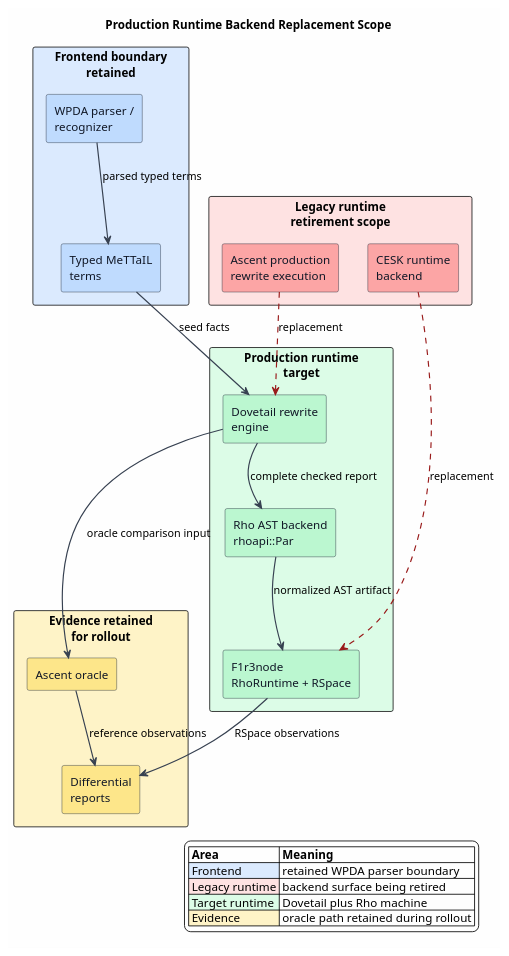
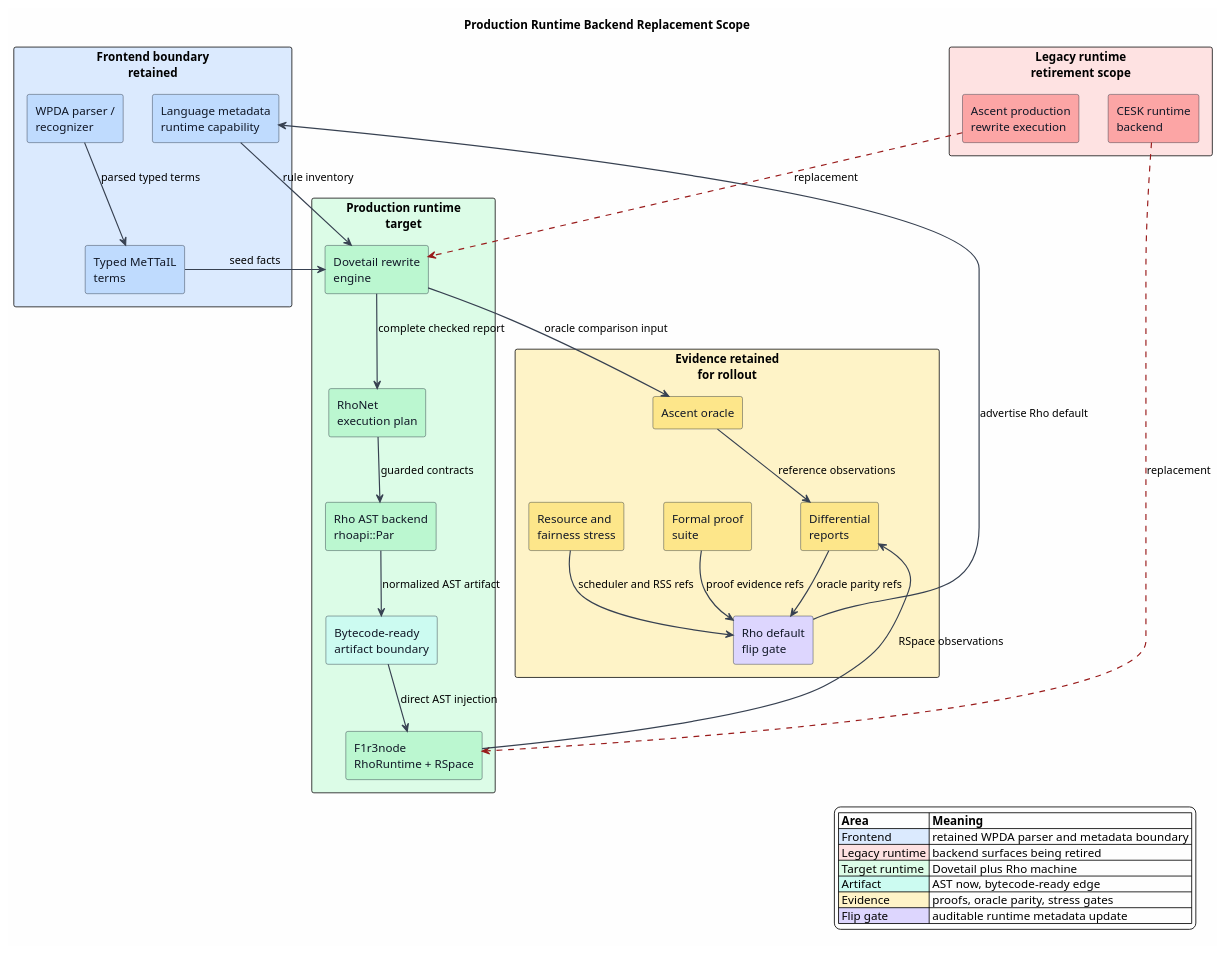
The diagram in docs/architecture/rho-native-integration/08-production-runtime-backend-completion.md (F1R3FLY-io/mettail-rust), drawn with PlantUML before and after one commit. The commit also changed 31 other files, not shown here.

First line of the commit message:
Harden architecture diagram coverage

````diff
--- a/docs/architecture/rho-native-integration/08-production-runtime-backend-completion.md
+++ b/docs/architecture/rho-native-integration/08-production-runtime-backend-completion.md
@@ -30,54 +30,69 @@
 ```plantuml
 @startuml
 title Production Runtime Backend Replacement Scope
 
 skinparam backgroundColor #FEFEFE
 skinparam componentStyle rectangle
 skinparam shadowing false
 skinparam ArrowColor #374151
 skinparam ArrowThickness 1.4
 skinparam component {
   BorderColor #1F2937
   FontColor #111827
 }
 
 rectangle "Frontend boundary\nretained" as Frontend #DBEAFE {
   component "WPDA parser /\nrecognizer" as WPDA #BFDBFE
   component "Typed MeTTaIL\nterms" as Terms #BFDBFE
+  component "Language metadata\nruntime capability" as Metadata #BFDBFE
 }
 
 rectangle "Legacy runtime\nretirement scope" as Legacy #FEE2E2 {
   component "Ascent production\nrewrite execution" as AscentProd #FCA5A5
   component "CESK runtime\nbackend" as CESK #FCA5A5
 }
 
 rectangle "Production runtime\ntarget" as Target #DCFCE7 {
   component "Dovetail rewrite\nengine" as Dovetail #BBF7D0
+  component "RhoNet\nexecution plan" as RhoNet #BBF7D0
   component "Rho AST backend\nrhoapi::Par" as RhoAst #BBF7D0
+  component "Bytecode-ready\nartifact boundary" as Artifact #CCFBF1
   component "F1r3node\nRhoRuntime + RSpace" as RhoRuntime #BBF7D0
 }
 
 rectangle "Evidence retained\nfor rollout" as Evidence #FEF3C7 {
+  component "Formal proof\nsuite" as Formal #FDE68A
   component "Ascent oracle" as AscentOracle #FDE68A
   component "Differential\nreports" as Diff #FDE68A
+  component "Resource and\nfairness stress" as Stress #FDE68A
+  component "Rho default\nflip gate" as Gate #DDD6FE
 }
 
 WPDA --> Terms : parsed typed terms
 Terms --> Dovetail : seed facts
+Metadata --> Dovetail : rule inventory
 AscentProd -[#991B1B,dashed]-> Dovetail : replacement
 CESK -[#991B1B,dashed]-> RhoRuntime : replacement
-Dovetail --> RhoAst : complete checked report
-RhoAst --> RhoRuntime : normalized AST artifact
+Dovetail --> RhoNet : complete checked report
+RhoNet --> RhoAst : guarded contracts
+RhoAst --> Artifact : normalized AST artifact
+Artifact --> RhoRuntime : direct AST injection
 Dovetail --> AscentOracle : oracle comparison input
 AscentOracle --> Diff : reference observations
 RhoRuntime --> Diff : RSpace observations
+Formal --> Gate : proof evidence refs
+Diff --> Gate : oracle parity refs
+Stress --> Gate : scheduler and RSS refs
+Gate --> Metadata : advertise Rho default
 
 legend right
 |= Area |= Meaning |
-|<#DBEAFE> Frontend | retained WPDA parser boundary |
-|<#FEE2E2> Legacy runtime | backend surface being retired |
+|<#DBEAFE> Frontend | retained WPDA parser and metadata boundary |
+|<#FEE2E2> Legacy runtime | backend surfaces being retired |
 |<#DCFCE7> Target runtime | Dovetail plus Rho machine |
-|<#FEF3C7> Evidence | oracle path retained during rollout |
+|<#CCFBF1> Artifact | AST now, bytecode-ready edge |
+|<#FEF3C7> Evidence | proofs, oracle parity, stress gates |
+|<#DDD6FE> Flip gate | auditable runtime metadata update |
 endlegend
 @enduml
 ```
````
